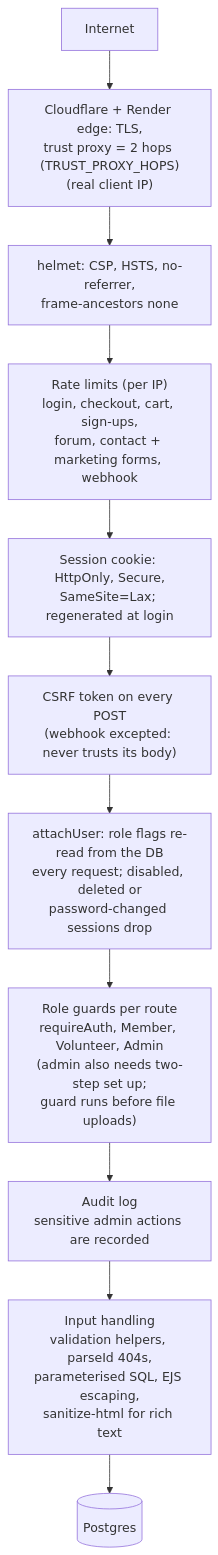
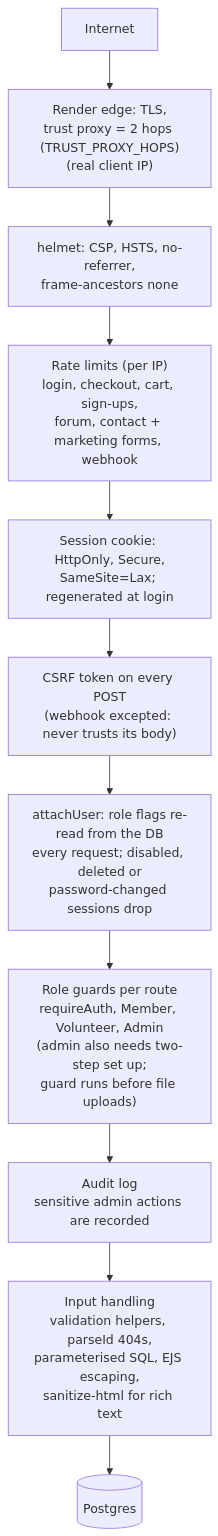
Before and after one commit to umasbooksadmin/umasbookswebsite: diagram 15 of 15 in docs/architecture.md, drawn with Mermaid. The commit also changed other lines of this file and 48 other files, not shown here.

````diff
--- a/docs/architecture.md
+++ b/docs/architecture.md
@@ -1049,13 +1126,13 @@
 ```mermaid
 flowchart TD
-  NET["Internet"] --> TLS["Cloudflare + Render edge: TLS,<br/>trust proxy = 2 hops (TRUST_PROXY_HOPS)<br/>(real client IP)"]
+  NET["Internet"] --> TLS["Render edge: TLS,<br/>trust proxy = 2 hops (TRUST_PROXY_HOPS)<br/>(real client IP)"]
   TLS --> HL["helmet: CSP, HSTS, no-referrer,<br/>frame-ancestors none"]
   HL --> RL["Rate limits (per IP)<br/>login, checkout, cart, sign-ups,<br/>forum, contact + marketing forms, webhook"]
   RL --> SE["Session cookie: HttpOnly, Secure,<br/>SameSite=Lax; regenerated at login"]
   SE --> CF["CSRF token on every POST<br/>(webhook excepted: never trusts its body)"]
   CF --> AU["attachUser: role flags re-read from the DB<br/>every request; disabled, deleted or<br/>password-changed sessions drop"]
   AU --> RG["Role guards per route<br/>requireAuth, Member, Volunteer, Admin<br/>(admin also needs two-step set up;<br/>guard runs before file uploads)"]
   RG --> AUD["Audit log<br/>sensitive admin actions are recorded"]
   AUD --> VAL["Input handling<br/>validation helpers, parseId 404s,<br/>parameterised SQL, EJS escaping,<br/>sanitize-html for rich text"]
   VAL --> DBX[("Postgres")]
 ```
````
